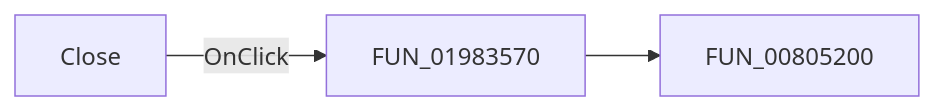
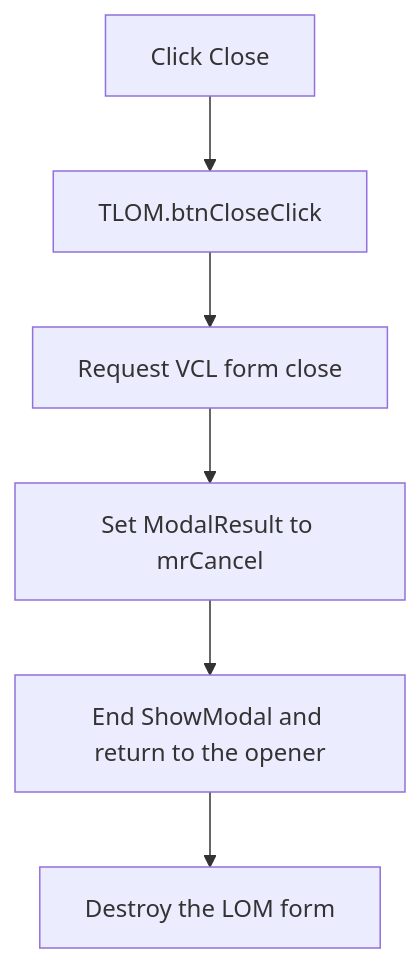
Before and after one commit to MovGP0/TIARA: the diagram in docs/ui-controls/lom/btnclose-0270164346.md, drawn with Mermaid. The commit also changed other lines of this file and 1062 other files, not shown here.

````diff
--- a/docs/ui-controls/lom/btnclose-0270164346.md
+++ b/docs/ui-controls/lom/btnclose-0270164346.md
@@ -27,5 +47,8 @@
 ```mermaid
-flowchart LR
-    control["Close"] -->|OnClick| handler["FUN_01983570"]
-    handler --> call1["FUN_00805200"]
+flowchart TD
+    control["Click Close"] --> handler["TLOM.btnCloseClick"]
+    handler --> close["Request VCL form close"]
+    close --> modal["Set ModalResult to mrCancel"]
+    modal --> return["End ShowModal and return to the opener"]
+    return --> destroy["Destroy the LOM form"]
 ```
````
